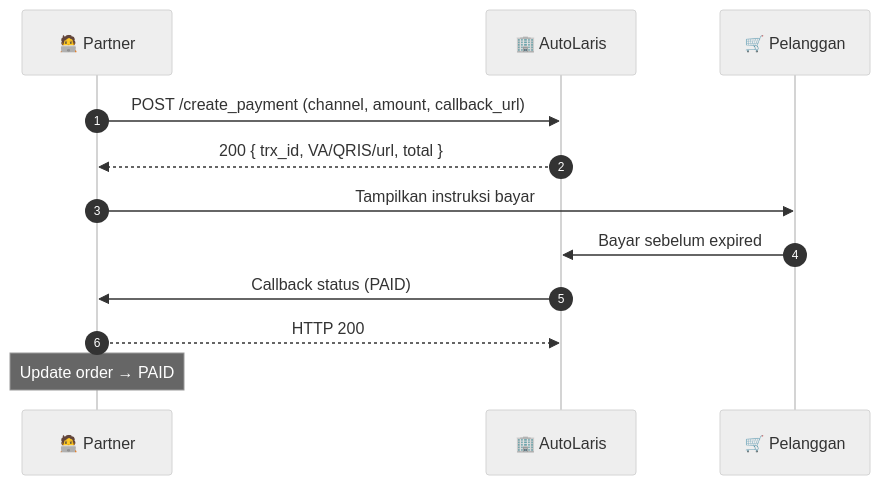
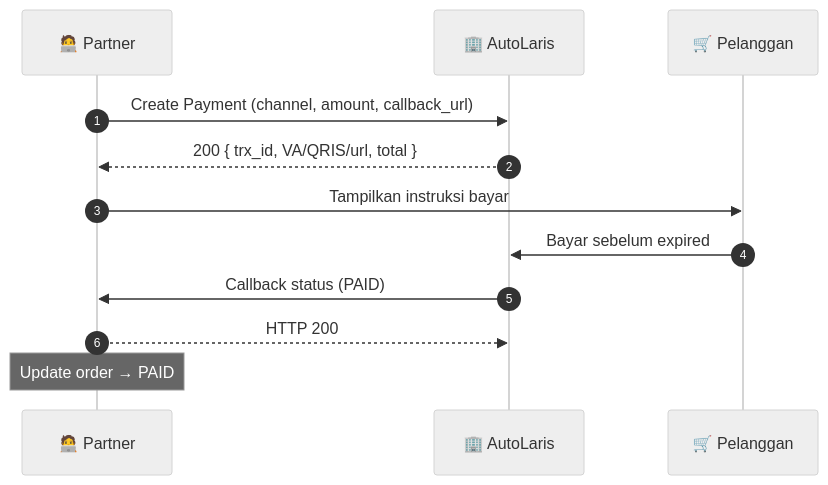
The second of 2 diagrams in README.md (ongkipro/autolaris-payment-gateway), drawn with Mermaid (neutral theme) before and after one commit. The commit also changed other lines of this file and 1 other file, not shown here.

Commit message:
docs: lengkapi seluruh endpoint H2H (ongkir, resi, tracking, cancel, payment) + README full API

````diff
--- a/README.md
+++ b/README.md
@@ -49,14 +90,14 @@
 ```mermaid
 sequenceDiagram
     autonumber
     participant P as 🧑‍💻 Partner
     participant A as 🏢 AutoLaris
     participant C as 🛒 Pelanggan
-    P->>A: POST /create_payment (channel, amount, callback_url)
+    P->>A: Create Payment (channel, amount, callback_url)
     A-->>P: 200 { trx_id, VA/QRIS/url, total }
     P->>C: Tampilkan instruksi bayar
     C->>A: Bayar sebelum expired
     A->>P: Callback status (PAID)
     P-->>A: HTTP 200
     Note over P: Update order → PAID
 ```
````
